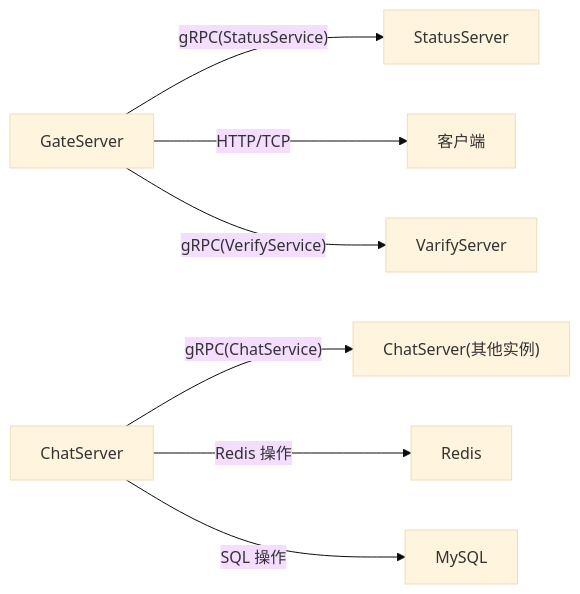
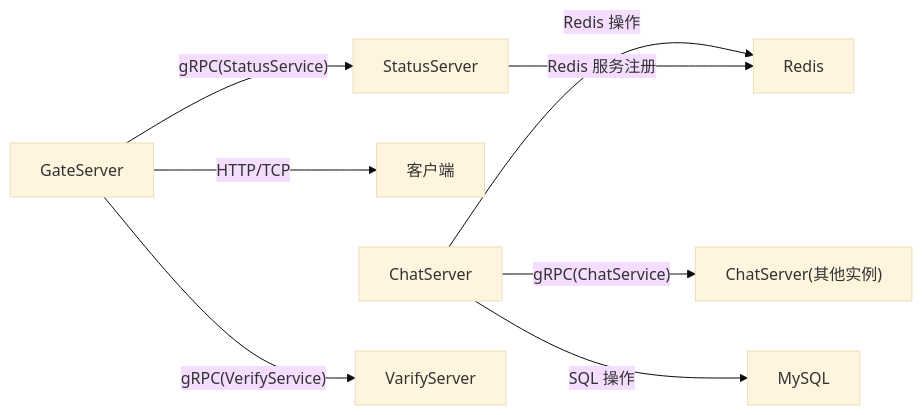
The seventh of 8 diagrams in .qoder/repowiki/zh/content/分布式系统/分布式系统.md (echo9923/mychatter), drawn with Mermaid (base theme) before and after one commit. The commit also changed other lines of this file and 107 other files, not shown here.

````diff
--- a/.qoder/repowiki/zh/content/分布式系统/分布式系统.md
+++ b/.qoder/repowiki/zh/content/分布式系统/分布式系统.md
@@ -265,9 +298,10 @@
 ```mermaid
 graph LR
 Gate["GateServer"] -- "gRPC(StatusService)" --> Status["StatusServer"]
 Gate -- "HTTP/TCP" --> Client["客户端"]
 Chat["ChatServer"] -- "gRPC(ChatService)" --> Chat2["ChatServer(其他实例)"]
 Chat -- "Redis 操作" --> Redis["Redis"]
 Chat -- "SQL 操作" --> MySQL["MySQL"]
 Gate -- "gRPC(VerifyService)" --> Verify["VarifyServer"]
+Status -- "Redis 服务注册" --> Redis
 ```
````
